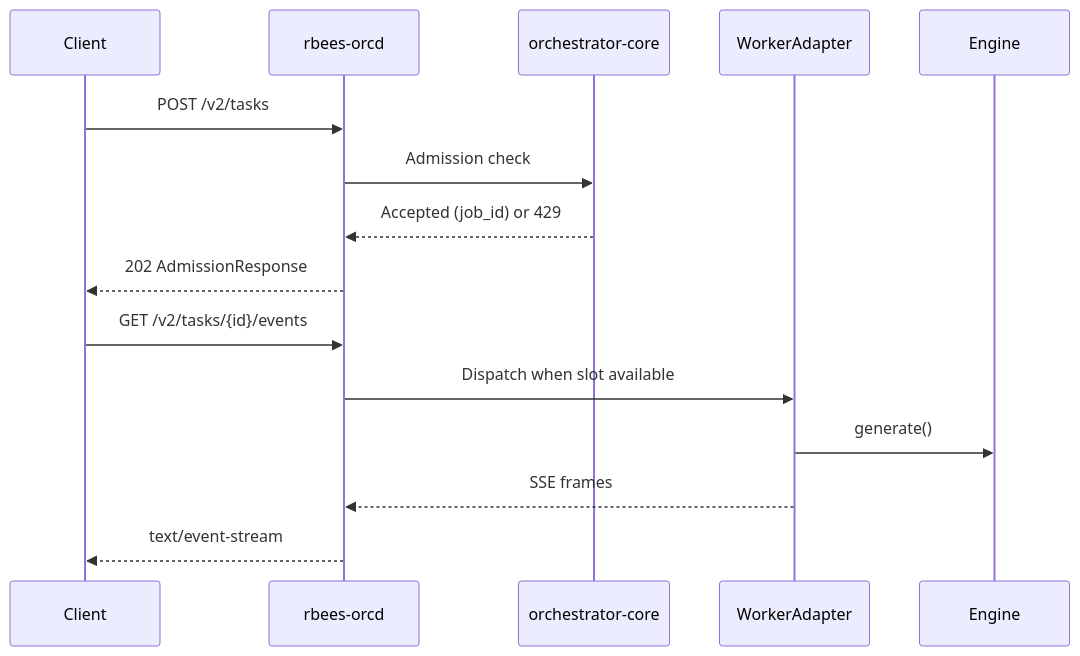
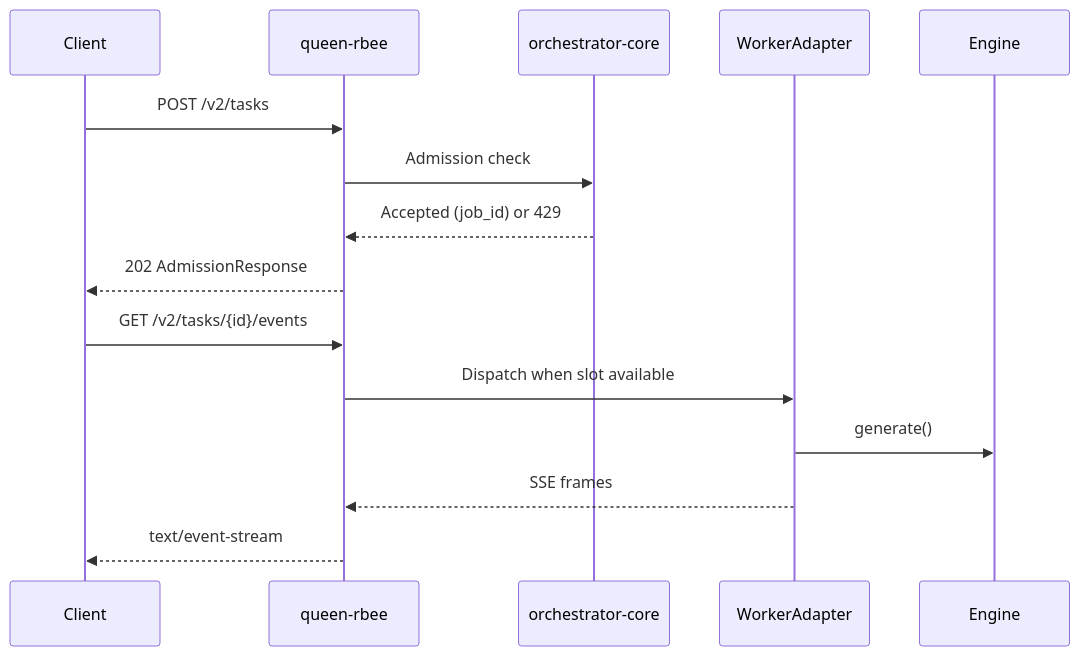
The fourth of 4 diagrams in README.md (veighnsche/llama-orch), drawn with Mermaid before and after one commit. The commit also changed other lines of this file and 358 other files, not shown here.

First line of the commit message:
Rebrand: rbees → rbee with specialized binary names

````diff
--- a/README.md
+++ b/README.md
@@ -498,12 +498,12 @@
 ```mermaid
 sequenceDiagram
-  Client->>rbees-orcd: POST /v2/tasks
-  rbees-orcd->>orchestrator-core: Admission check
-  orchestrator-core-->>rbees-orcd: Accepted (job_id) or 429
-  rbees-orcd-->>Client: 202 AdmissionResponse
-  Client->>rbees-orcd: GET /v2/tasks/{id}/events
-  rbees-orcd->>WorkerAdapter: Dispatch when slot available
+  Client->>queen-rbee: POST /v2/tasks
+  queen-rbee->>orchestrator-core: Admission check
+  orchestrator-core-->>queen-rbee: Accepted (job_id) or 429
+  queen-rbee-->>Client: 202 AdmissionResponse
+  Client->>queen-rbee: GET /v2/tasks/{id}/events
+  queen-rbee->>WorkerAdapter: Dispatch when slot available
   WorkerAdapter->>Engine: generate()
-  WorkerAdapter-->>rbees-orcd: SSE frames
-  rbees-orcd-->>Client: text/event-stream
+  WorkerAdapter-->>queen-rbee: SSE frames
+  queen-rbee-->>Client: text/event-stream
 ```
````
